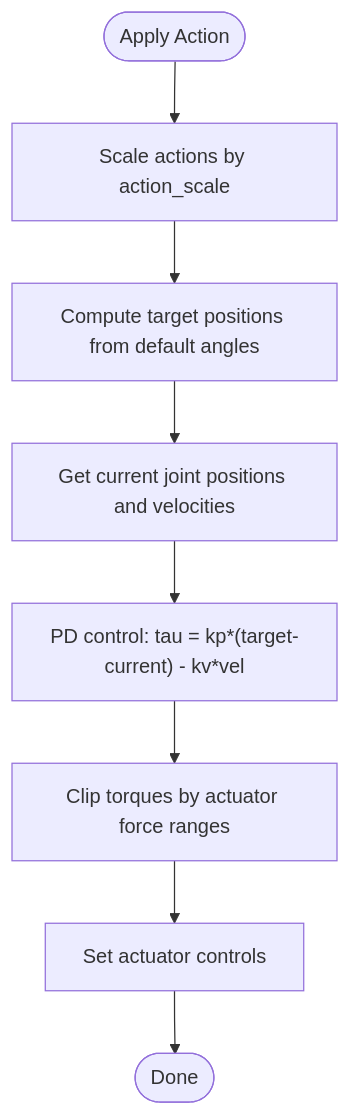
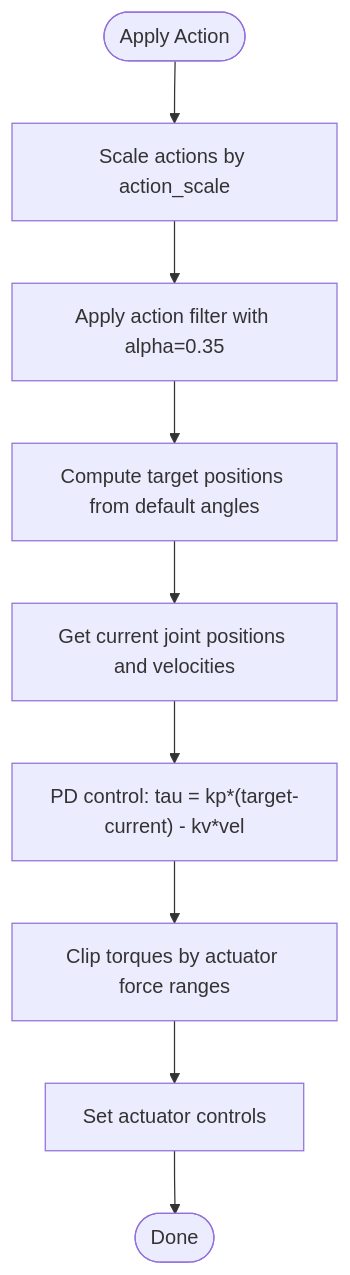
The third of 4 diagrams in .qoder/repowiki/en/content/Navigation Environments/VBot Navigation/VBot Base Environment.md (jayjayhust/MotrixLab), drawn with Mermaid before and after one commit. The commit also changed other lines of this file and 15 other files, not shown here.

````diff
--- a/.qoder/repowiki/en/content/Navigation Environments/VBot Navigation/VBot Base Environment.md
+++ b/.qoder/repowiki/en/content/Navigation Environments/VBot Navigation/VBot Base Environment.md
@@ -178,10 +242,11 @@
 ```mermaid
 flowchart TD
 Start(["Apply Action"]) --> Scale["Scale actions by action_scale"]
-Scale --> TargetPos["Compute target positions from default angles"]
+Scale --> Filter["Apply action filter with alpha=0.35"]
+Filter --> TargetPos["Compute target positions from default angles"]
 TargetPos --> GetCurrent["Get current joint positions and velocities"]
 GetCurrent --> PDCalc["PD control: tau = kp*(target-current) - kv*vel"]
 PDCalc --> LimitTorque["Clip torques by actuator force ranges"]
 LimitTorque --> SetCtrls["Set actuator controls"]
 SetCtrls --> End(["Done"])
 ```
````
